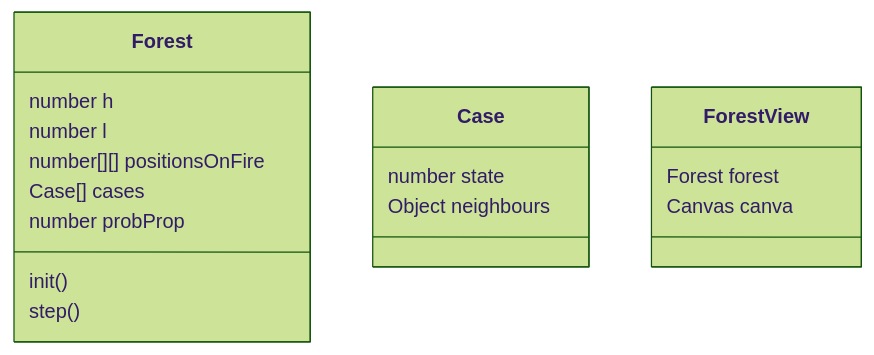
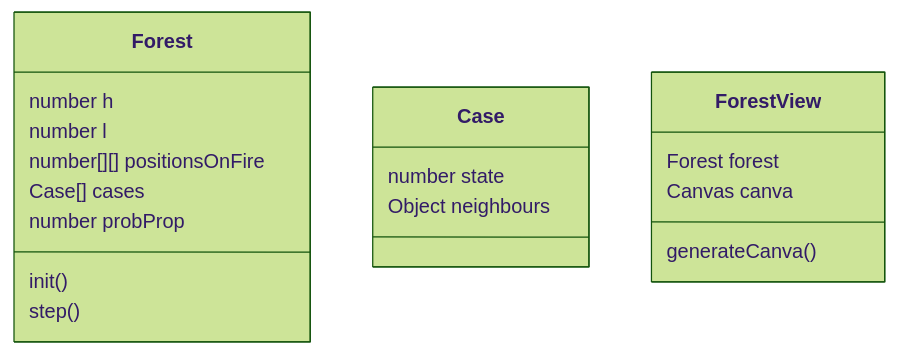
The diagram in Readme.md (mathieuLivebardon/ForestFirePropagationSimulation), drawn with Mermaid (forest theme) before and after one commit.

````diff
--- a/Readme.md
+++ b/Readme.md
@@ -48,25 +48,24 @@
 ```mermaid
 ---
 tilte: Forest fire propagation app
 ---
 classDiagram
     class Forest {
         number h
         number l
         number[][] positionsOnFire
         Case[] cases
         number probProp
         init()
         step()
     }
     class Case {
         number state
         Object neighbours
     }
     class ForestView {
         Forest forest
         Canvas canva
+        generateCanva()
     }
-
-
 ```
````
